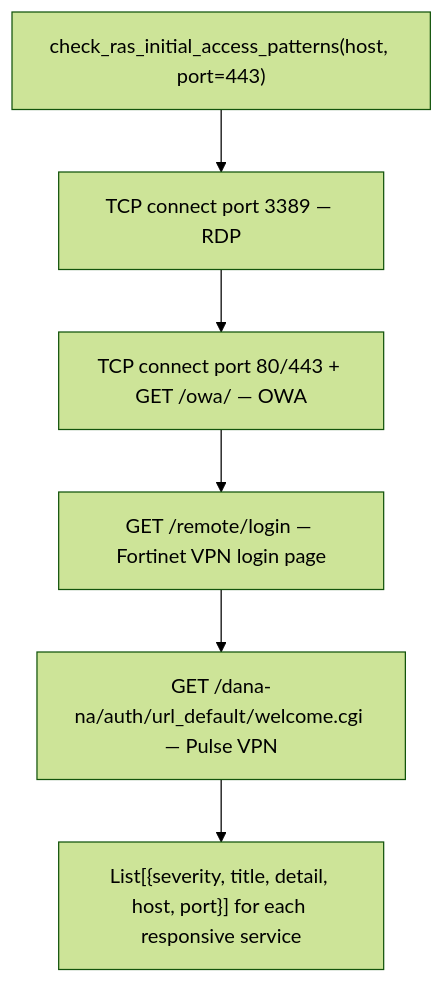
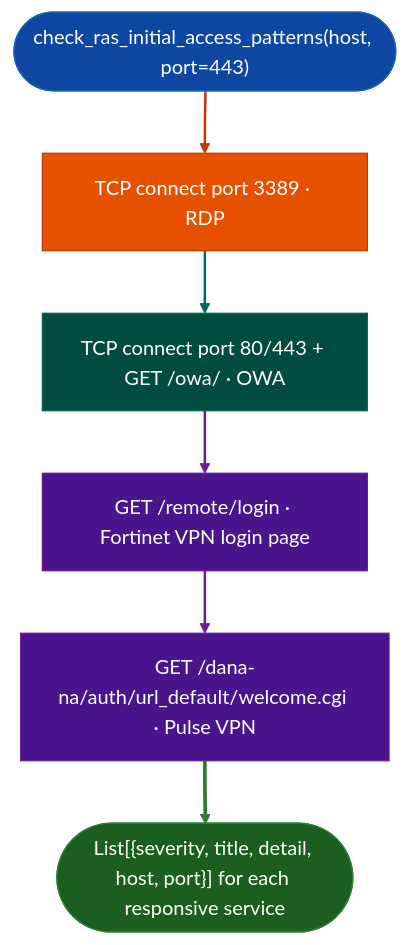
The second of 2 diagrams in docs/reference-modules/c2-exfiltration-indicators.md (Ablation-Tool/ablation), drawn with Mermaid (forest theme) before and after one commit. The commit also changed other lines of this file and 320 other files, not shown here.

First line of the commit message:
docs: apply canonical Mermaid template to all 321 diagrams

````diff
--- a/docs/reference-modules/c2-exfiltration-indicators.md
+++ b/docs/reference-modules/c2-exfiltration-indicators.md
@@ -45,8 +73,19 @@
 ```mermaid
 flowchart TD
-    A["check_ras_initial_access_patterns(host, port=443)"] --> B["TCP connect port 3389 — RDP"]
-    B --> C["TCP connect port 80/443 + GET /owa/ — OWA"]
-    C --> D["GET /remote/login — Fortinet VPN login page"]
-    D --> E["GET /dana-na/auth/url_default/welcome.cgi — Pulse VPN"]
-    E --> F["List[{severity, title, detail, host, port}] for each responsive service"]
+    A(["check_ras_initial_access_patterns(host, port=443)"]):::input --> B["TCP connect port 3389 · RDP"]:::primary
+    B:::primary --> C["TCP connect port 80/443 + GET /owa/ · OWA"]:::secondary
+    C:::secondary --> D["GET /remote/login · Fortinet VPN login page"]:::tertiary
+    D:::tertiary --> E["GET /dana-na/auth/url_default/welcome.cgi · Pulse VPN"]:::tertiary
+    E:::tertiary --> F(["List[{severity, title, detail, host, port}] for each responsive service"]):::output
+    classDef input     fill:#0d47a1,stroke:#1565c0,color:#fff
+    classDef primary   fill:#e65100,stroke:#bf360c,color:#fff
+    classDef secondary fill:#004d40,stroke:#00695c,color:#fff
+    classDef tertiary  fill:#4a148c,stroke:#6a1b9a,color:#fff
+    classDef neutral   fill:#37474f,stroke:#546e7a,color:#fff
+    classDef output    fill:#1b5e20,stroke:#2e7d32,color:#fff
+    linkStyle 0 stroke:#bf360c,stroke-width:2px
+    linkStyle 1 stroke:#00695c,stroke-width:2px
+    linkStyle 2 stroke:#6a1b9a,stroke-width:2px
+    linkStyle 3 stroke:#6a1b9a,stroke-width:2px
+    linkStyle 4 stroke:#2e7d32,stroke-width:3px
 ```
````
